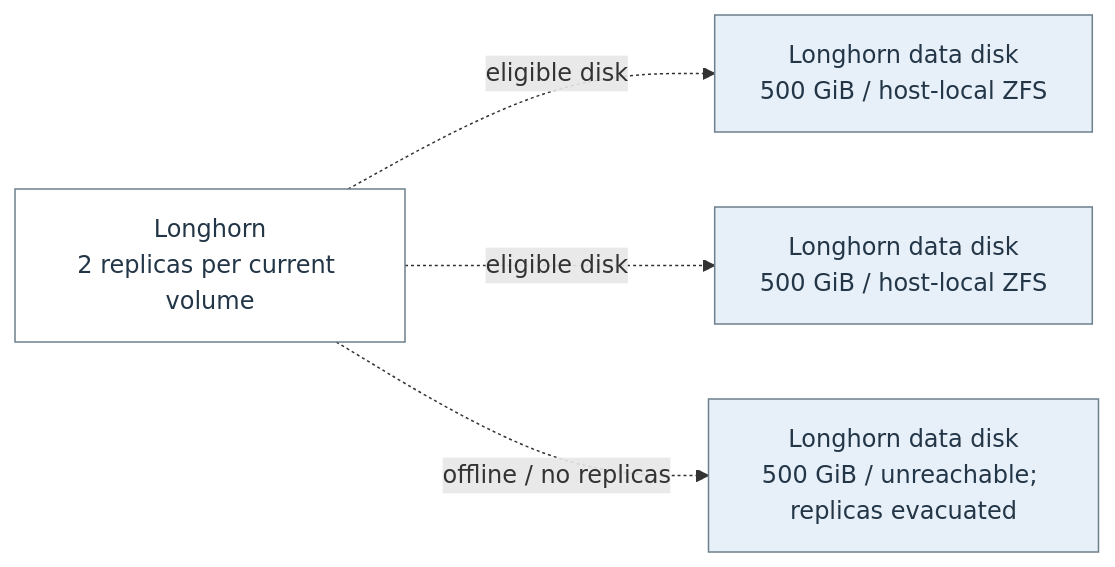
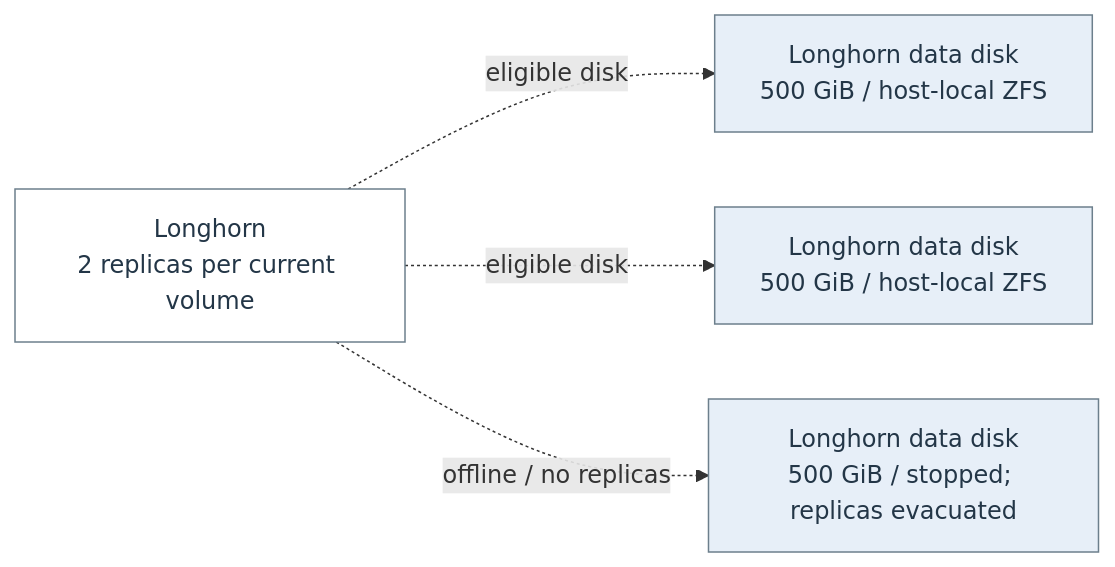
Before and after one commit to Harsh-2002/Homelab: diagram 22 of 22 in docs/architecture/homelab-mermaid.md, drawn with Mermaid. The commit also changed other lines of this file and 51 other files, not shown here.

````diff
--- a/docs/architecture/homelab-mermaid.md
+++ b/docs/architecture/homelab-mermaid.md
@@ -620,14 +620,14 @@
 ```mermaid
 flowchart LR
   n_flow_19_0["Longhorn<br/>2 replicas per current volume"]
   n_flow_19_1["Longhorn data disk<br/>500 GiB / host-local ZFS"]
   n_flow_19_2["Longhorn data disk<br/>500 GiB / host-local ZFS"]
-  n_flow_19_3["Longhorn data disk<br/>500 GiB / unreachable; replicas evacuated"]
+  n_flow_19_3["Longhorn data disk<br/>500 GiB / stopped; replicas evacuated"]
   n_flow_19_0 -.->|"eligible disk"| n_flow_19_1
   n_flow_19_0 -.->|"eligible disk"| n_flow_19_2
   n_flow_19_0 -.->|"offline / no replicas"| n_flow_19_3
   classDef c_flow_19_0 fill:#ffffff,stroke:#6c7f8c,color:#233647;
   class n_flow_19_0 c_flow_19_0;
   classDef c_flow_19_1 fill:#e7eff8,stroke:#6c7f8c,color:#233647;
   class n_flow_19_1,n_flow_19_2,n_flow_19_3 c_flow_19_1;
 ```
````
